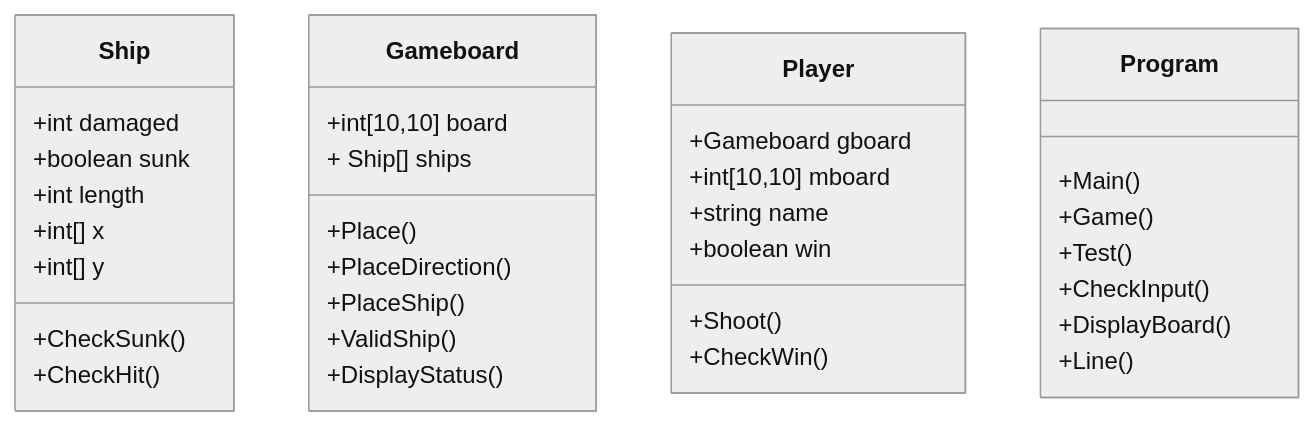
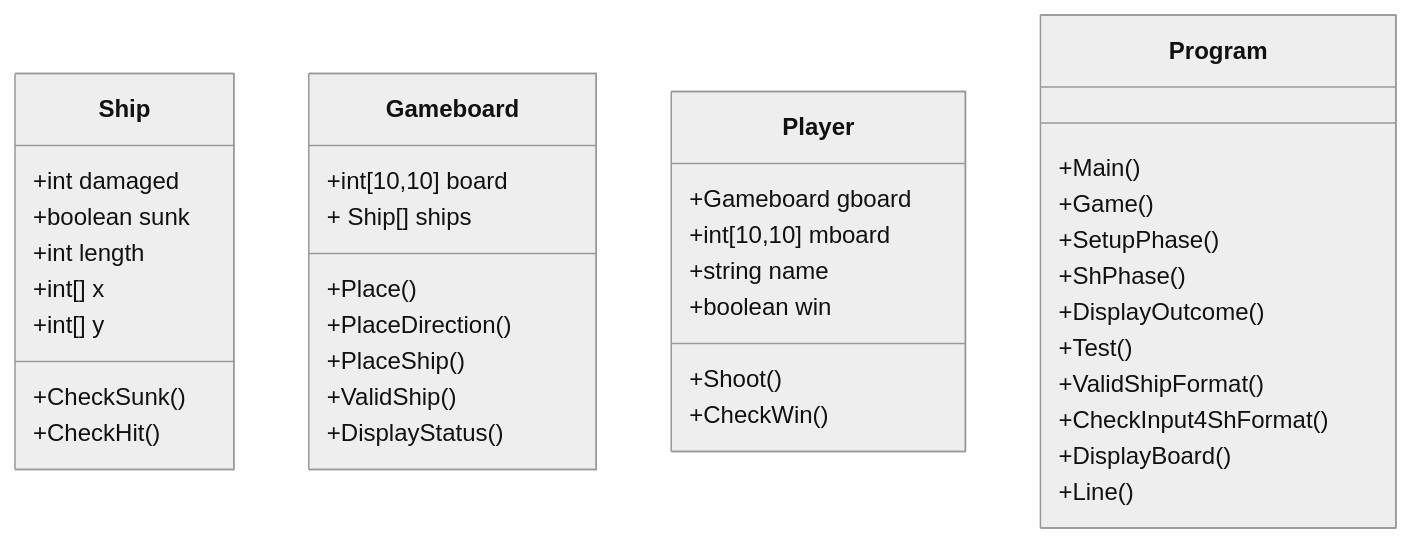
The diagram in README.md (Jackpang-kings/Battleships), drawn with Mermaid (neutral theme) before and after one commit. The commit also changed other lines of this file and 19 other files, not shown here.

````diff
--- a/README.md
+++ b/README.md
@@ -10,61 +10,65 @@
 ```mermaid
 
 classDiagram
 
     class Ship{
 
         +int damaged
 
         +boolean sunk
 
         +int length
 
         +int[] x
 
         +int[] y
 
         +CheckSunk()
 		+CheckHit()
     }
 class Gameboard{
 
             +int[10,10] board
 
             + Ship[] ships
 
             +Place()
 
             +PlaceDirection()
 
             +PlaceShip()
 
             +ValidShip()
 
             +DisplayStatus()
 
         }
     class Player{
 
         +Gameboard gboard
 
         +int[10,10] mboard
 
         +string name
 
         +boolean win
 
         +Shoot()
 
         +CheckWin()
 
     }
 	class Program{
 		+Main()
 		+Game()
+		+SetupPhase()
+		+ShPhase()
+		+DisplayOutcome()
 		+Test()
-		+CheckInput()
+		+ValidShipFormat()
+		+CheckInput4ShFormat()
 		+DisplayBoard()
 		+Line()
 	}
 
 ```
````
